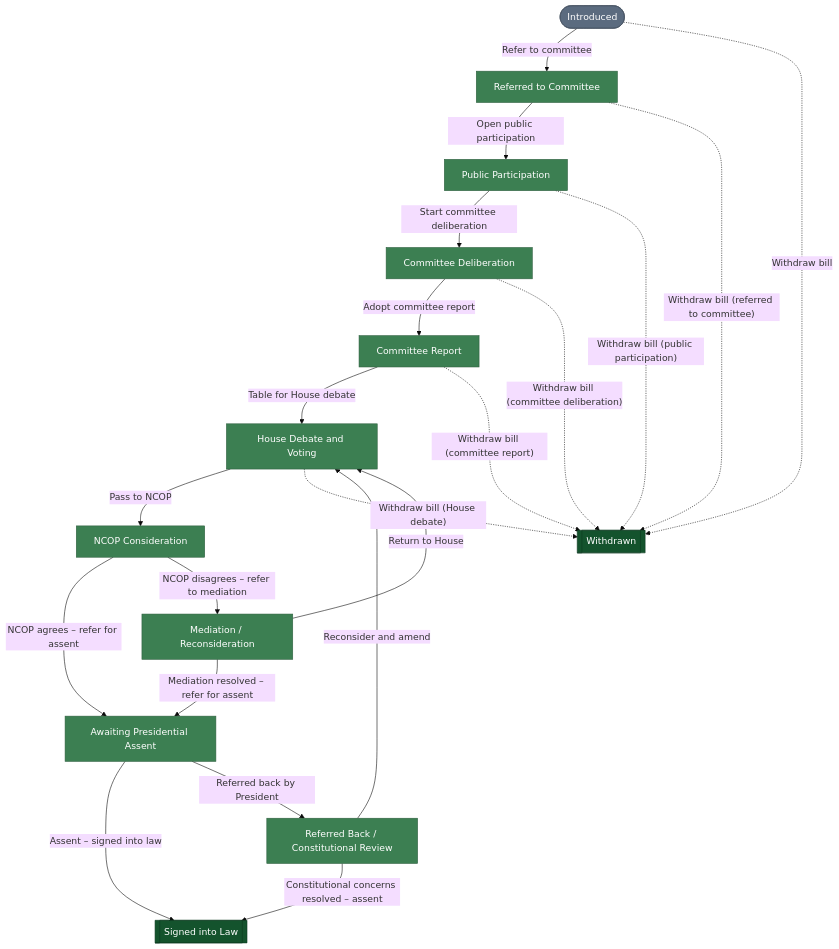
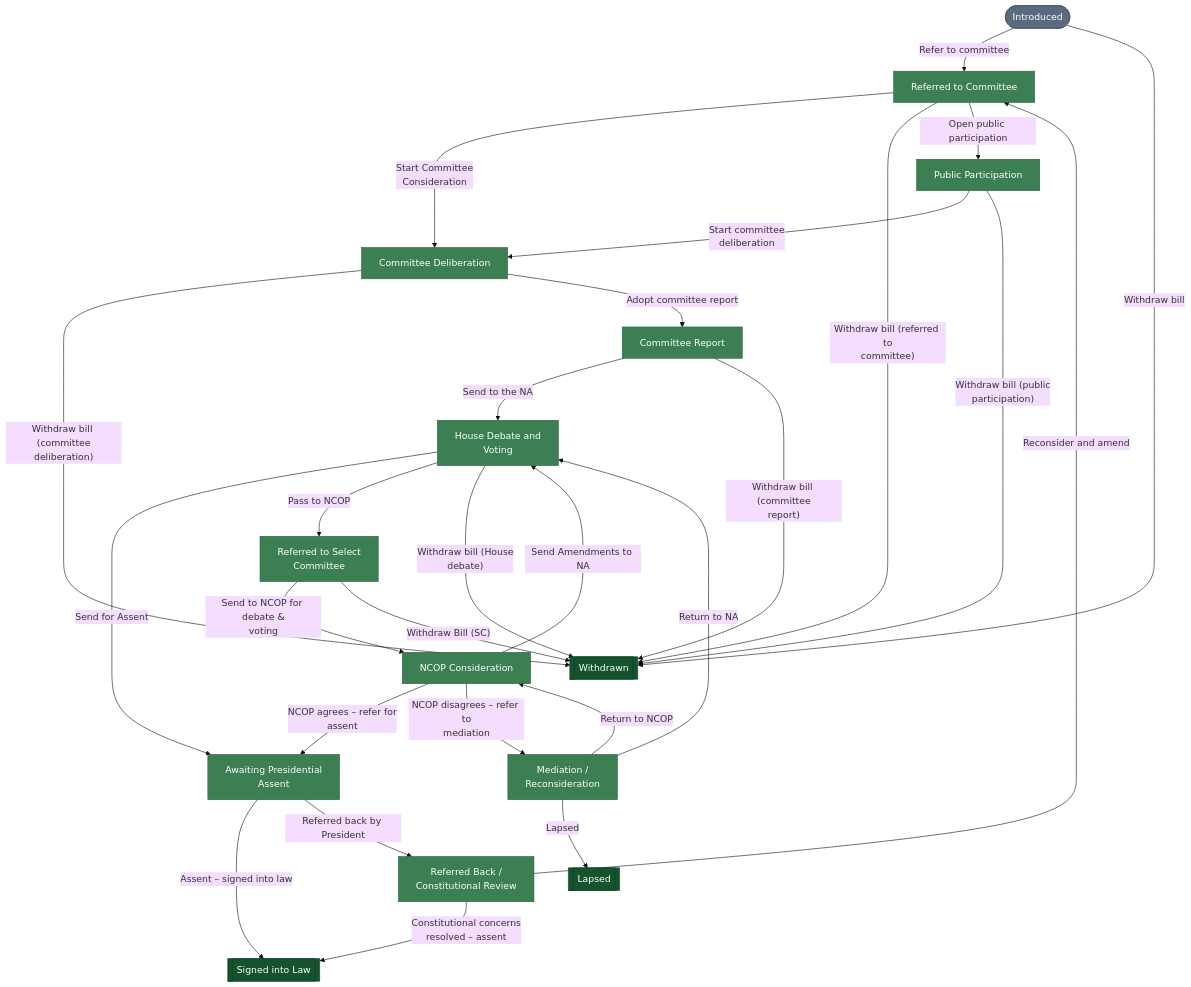
One commit to gelie/pwms_project changed the diagram in src/pwms/docs/bill_workflow.md. Above: the diagram before and after it, drawn with Mermaid (base theme). The commit also changed 4 other files, not shown here.

First line of the commit message:
Fix bill workflow diagram rendering and legend

````diff
--- a/src/pwms/docs/bill_workflow.md
+++ b/src/pwms/docs/bill_workflow.md
@@ -5,40 +5,48 @@
 ```mermaid
 %% Generated by `manage.py generate_diagrams`; do not edit by hand.
 %% Workflow: Bill
 flowchart TD
     classDef initial fill:#5b6b7f,stroke:#434f5f,color:#FFFFFF,stroke-width:1px
     classDef regular fill:#3c7f52,stroke:#2d5f3e,color:#FFFFFF,stroke-width:1px
     classDef terminal fill:#14532d,stroke:#0d3a20,color:#FFFFFF,stroke-width:1px
     s0(["Introduced"]):::initial
     s1["Referred to Committee"]:::regular
     s2["Public Participation"]:::regular
     s3["Committee Deliberation"]:::regular
     s4["Committee Report"]:::regular
-    s5["House Debate and Voting"]:::regular
-    s6["NCOP Consideration"]:::regular
-    s7["Mediation / Reconsideration"]:::regular
-    s8["Awaiting Presidential Assent"]:::regular
-    s9["Referred Back / Constitutional Review"]:::regular
-    s10[["Signed into Law"]]:::terminal
-    s11[["Withdrawn"]]:::terminal
+    s5["House Debate and<br/>Voting"]:::regular
+    s6["Referred to Select<br/>Committee"]:::regular
+    s7["NCOP Consideration"]:::regular
+    s8["Mediation /<br/>Reconsideration"]:::regular
+    s9["Awaiting Presidential<br/>Assent"]:::regular
+    s10["Referred Back /<br/>Constitutional Review"]:::regular
+    s11[["Signed into Law"]]:::terminal
+    s12[["Withdrawn"]]:::terminal
+    s13[["Lapsed"]]:::terminal
+    s8 -->|"Lapsed"| s13
+    s8 -->|"Return to NCOP"| s7
+    s7 -->|"Send Amendments to NA"| s5
+    s5 -->|"Send for Assent"| s9
+    s6 -->|"Send to NCOP for debate &amp;<br/>voting"| s7
+    s1 -->|"Start Committee<br/>Consideration"| s3
+    s3 -->|"Withdraw bill (committee<br/>deliberation)"| s12
+    s1 -->|"Withdraw bill (referred to<br/>committee)"| s12
+    s6 -->|"Withdraw Bill (SC)"| s12
     s0 -->|"Refer to committee"| s1
     s1 -->|"Open public participation"| s2
-    s2 -->|"Start committee deliberation"| s3
+    s2 -->|"Start committee<br/>deliberation"| s3
     s3 -->|"Adopt committee report"| s4
-    s4 -->|"Table for House debate"| s5
+    s4 -->|"Send to the NA"| s5
+    s0 -->|"Withdraw bill"| s12
     s5 -->|"Pass to NCOP"| s6
-    s6 -->|"NCOP agrees – refer for assent"| s8
-    s6 -->|"NCOP disagrees – refer to mediation"| s7
-    s7 -->|"Return to House"| s5
-    s7 -->|"Mediation resolved – refer for assent"| s8
-    s8 -->|"Assent – signed into law"| s10
-    s8 -->|"Referred back by President"| s9
-    s9 -->|"Reconsider and amend"| s5
-    s9 -->|"Constitutional concerns resolved – assent"| s10
-    s0 -.->|"Withdraw bill"| s11
-    s1 -.->|"Withdraw bill (referred to committee)"| s11
-    s2 -.->|"Withdraw bill (public participation)"| s11
-    s3 -.->|"Withdraw bill (committee deliberation)"| s11
-    s4 -.->|"Withdraw bill (committee report)"| s11
-    s5 -.->|"Withdraw bill (House debate)"| s11
+    s7 -->|"NCOP agrees – refer for<br/>assent"| s9
+    s7 -->|"NCOP disagrees – refer to<br/>mediation"| s8
+    s8 -->|"Return to NA"| s5
+    s9 -->|"Assent – signed into law"| s11
+    s9 -->|"Referred back by President"| s10
+    s10 -->|"Reconsider and amend"| s1
+    s10 -->|"Constitutional concerns<br/>resolved – assent"| s11
+    s2 -->|"Withdraw bill (public<br/>participation)"| s12
+    s4 -->|"Withdraw bill (committee<br/>report)"| s12
+    s5 -->|"Withdraw bill (House<br/>debate)"| s12
 ```
````
